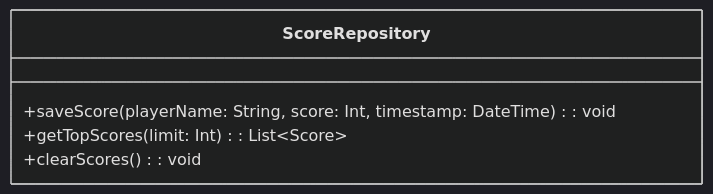
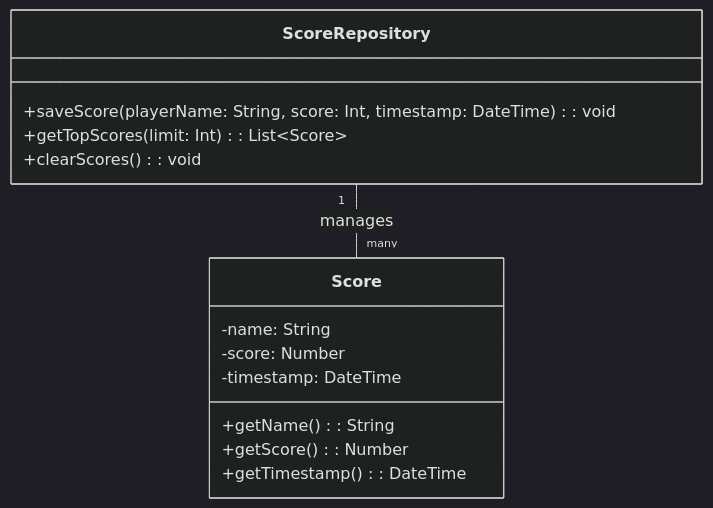
One commit to GitDevla/infinite-simon changed the third of 5 diagrams in docs/system-design.md. Above: the diagram before and after it, drawn with Mermaid (dark theme). The commit also changed other lines of this file, not shown here.

Commit message:
docs: update required details of models
Added details about Score and ScoreRepository classes in system design documentation.

````diff
--- a/docs/system-design.md
+++ b/docs/system-design.md
@@ -176,8 +176,18 @@
 ```mermaid
 classDiagram
     class ScoreRepository {
         +saveScore(playerName: String, score: Int, timestamp: DateTime): void
         +getTopScores(limit: Int): List~Score~
         +clearScores(): void
     }
+
+    class Score{
+        -name: String
+        -score: Number
+        -timestamp: DateTime
+        +getName(): String
+        +getScore(): Number
+        +getTimestamp(): DateTime
+    }
+    ScoreRepository "1" -- "many" Score : manages
 ```
````
